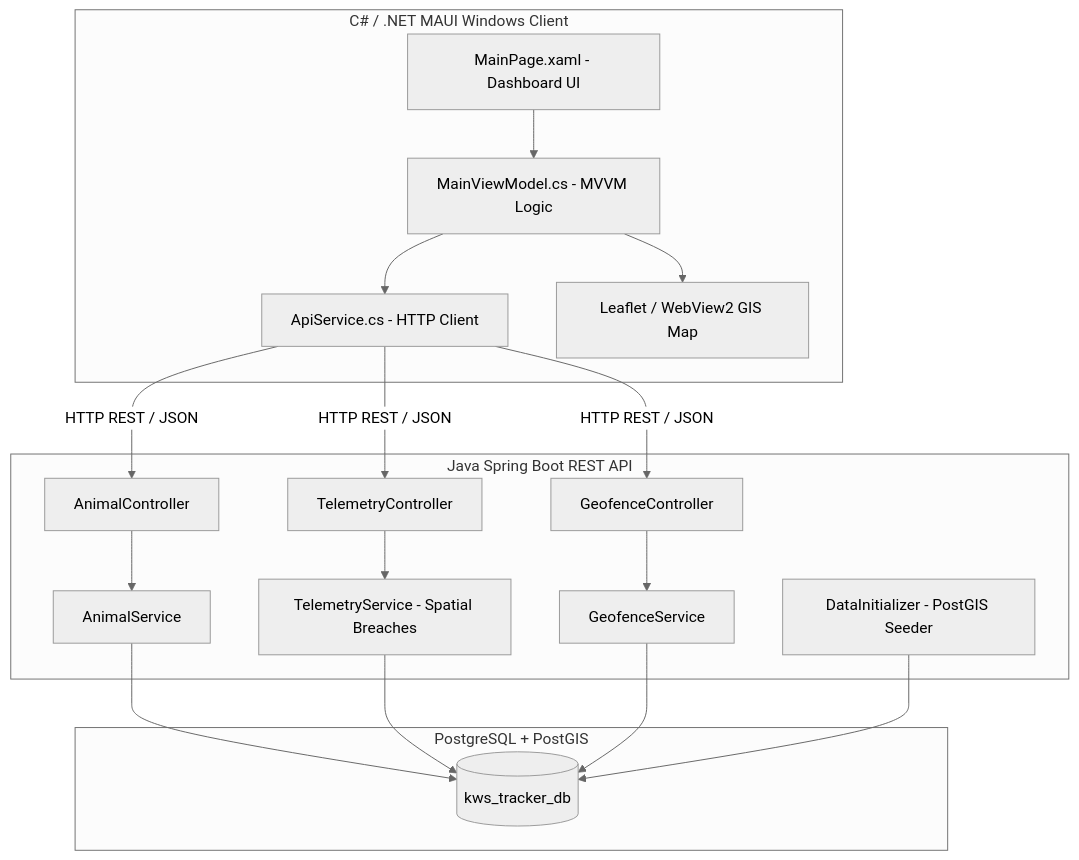
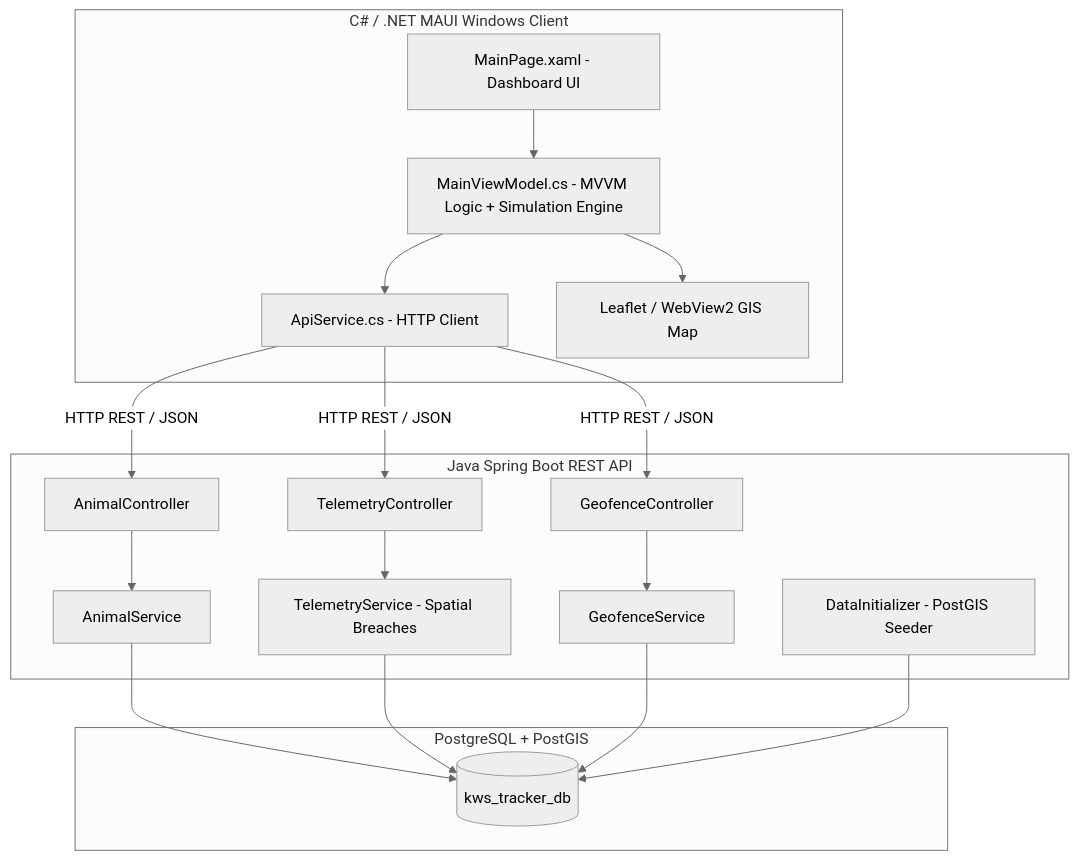
The diagram in README.md (DrewAwala24/wildguard-tracker-core), drawn with Mermaid (neutral theme) before and after one commit. The commit also changed other lines of this file and 10 other files, not shown here.

````diff
--- a/README.md
+++ b/README.md
@@ -58,37 +78,37 @@
 ```mermaid
 graph TD
     subgraph Frontend [C# / .NET MAUI Windows Client]
         UI[MainPage.xaml - Dashboard UI]
-        VM[MainViewModel.cs - MVVM Logic]
+        VM[MainViewModel.cs - MVVM Logic + Simulation Engine]
         API[ApiService.cs - HTTP Client]
         MAP[Leaflet / WebView2 GIS Map]
         UI --> VM
         VM --> API
         VM --> MAP
     end
 
-    subgraph Backend [Java Spring Boot REST API ]
+    subgraph Backend [Java Spring Boot REST API]
         AC[AnimalController]
         TC[TelemetryController]
         GC[GeofenceController]
         AS[AnimalService]
         TS[TelemetryService - Spatial Breaches]
         GS[GeofenceService]
         DI[DataInitializer - PostGIS Seeder]
         AC --> AS
         TC --> TS
         GC --> GS
     end
 
     subgraph Database [PostgreSQL + PostGIS]
         DB[(kws_tracker_db)]
         AS --> DB
         TS --> DB
         GS --> DB
         DI --> DB
     end
 
     API -->|HTTP REST / JSON| AC
     API -->|HTTP REST / JSON| TC
     API -->|HTTP REST / JSON| GC
 ```
````
